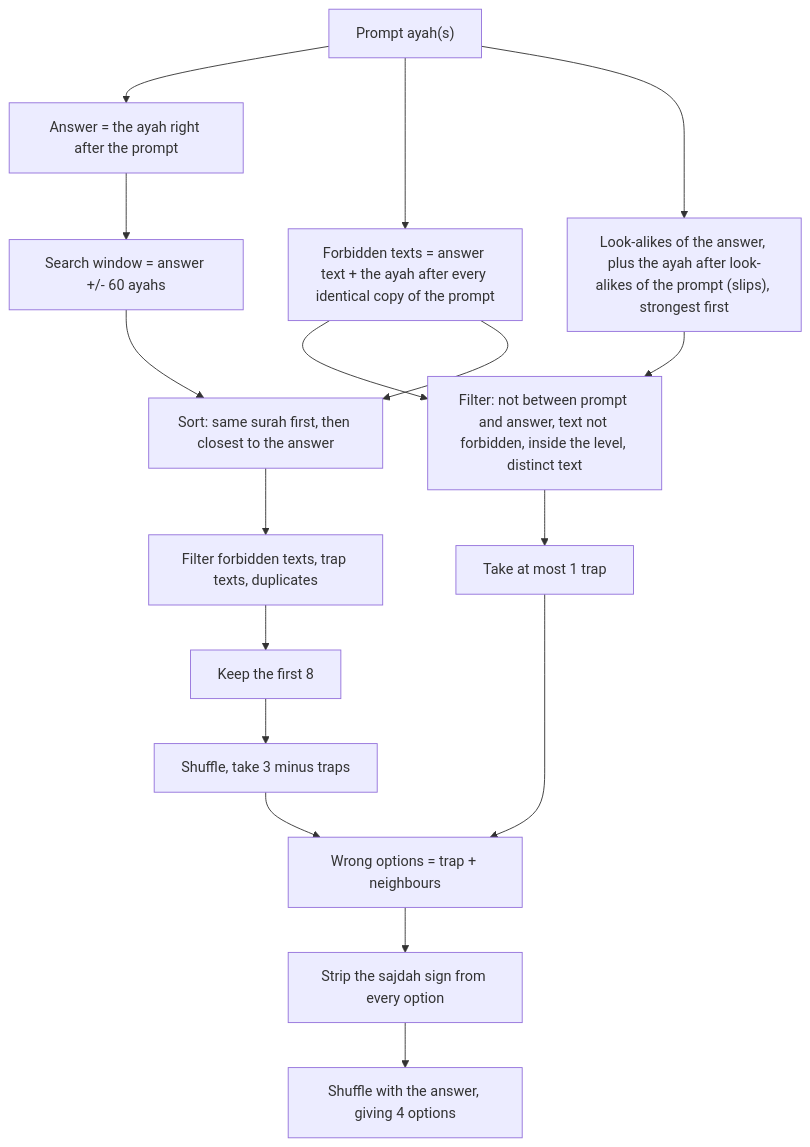
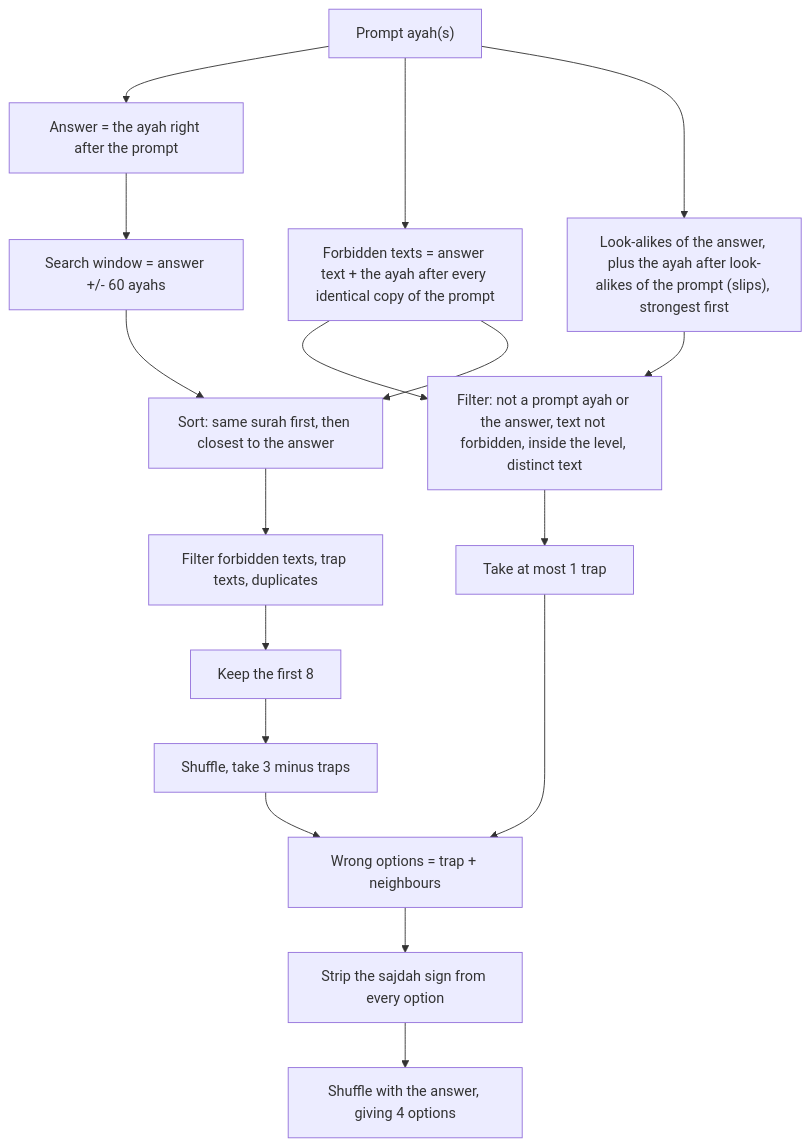
The fourth of 6 diagrams in ALGORITHMS.md (suft/hafiz), drawn with Mermaid before and after one commit. The commit also changed other lines of this file and 1 other file, not shown here.

First line of the commit message:
docs: add agent guide and document Where's the Ayah options

````diff
--- a/ALGORITHMS.md
+++ b/ALGORITHMS.md
@@ -79,19 +86,19 @@
 ```mermaid
 flowchart TD
     P["Prompt ayah(s)"] --> A["Answer = the ayah right after the prompt"]
     P --> V["Forbidden texts = answer text + the ayah after every identical copy of the prompt"]
     P --> T["Look-alikes of the answer, plus the ayah after look-alikes of the prompt (slips), strongest first"]
-    V --> F["Filter: not between prompt and answer, text not forbidden, inside the level, distinct text"]
+    V --> F["Filter: not a prompt ayah or the answer, text not forbidden, inside the level, distinct text"]
     T --> F
     F --> T2["Take at most 1 trap"]
     A --> R["Search window = answer +/- 60 ayahs"]
     R --> S["Sort: same surah first, then closest to the answer"]
     V --> S
     S --> S1["Filter forbidden texts, trap texts, duplicates"]
     S1 --> S2["Keep the first 8"]
     S2 --> S3["Shuffle, take 3 minus traps"]
     T2 --> W["Wrong options = trap + neighbours"]
     S3 --> W
     W --> X["Strip the sajdah sign from every option"]
     X --> Y["Shuffle with the answer, giving 4 options"]
 ```
````
